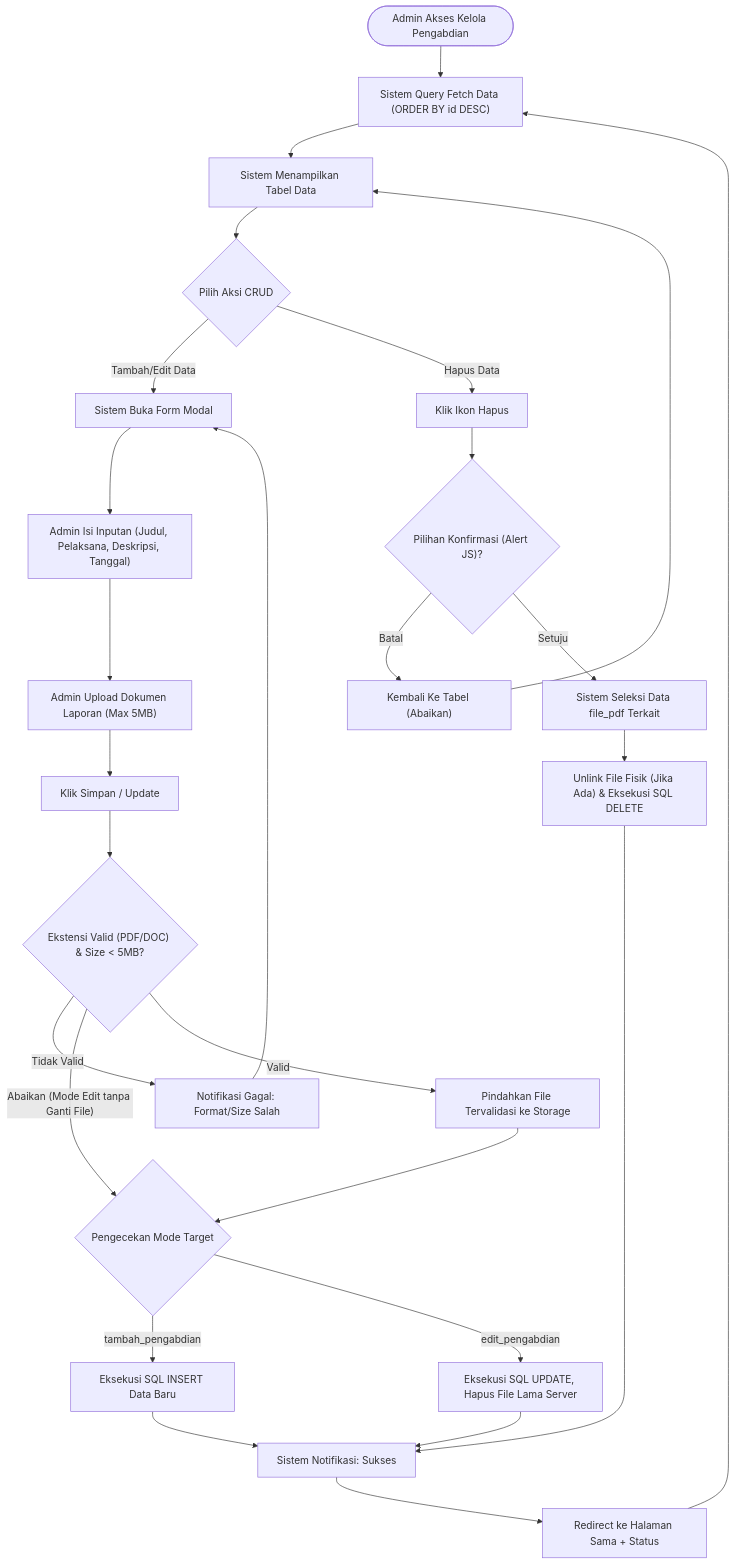
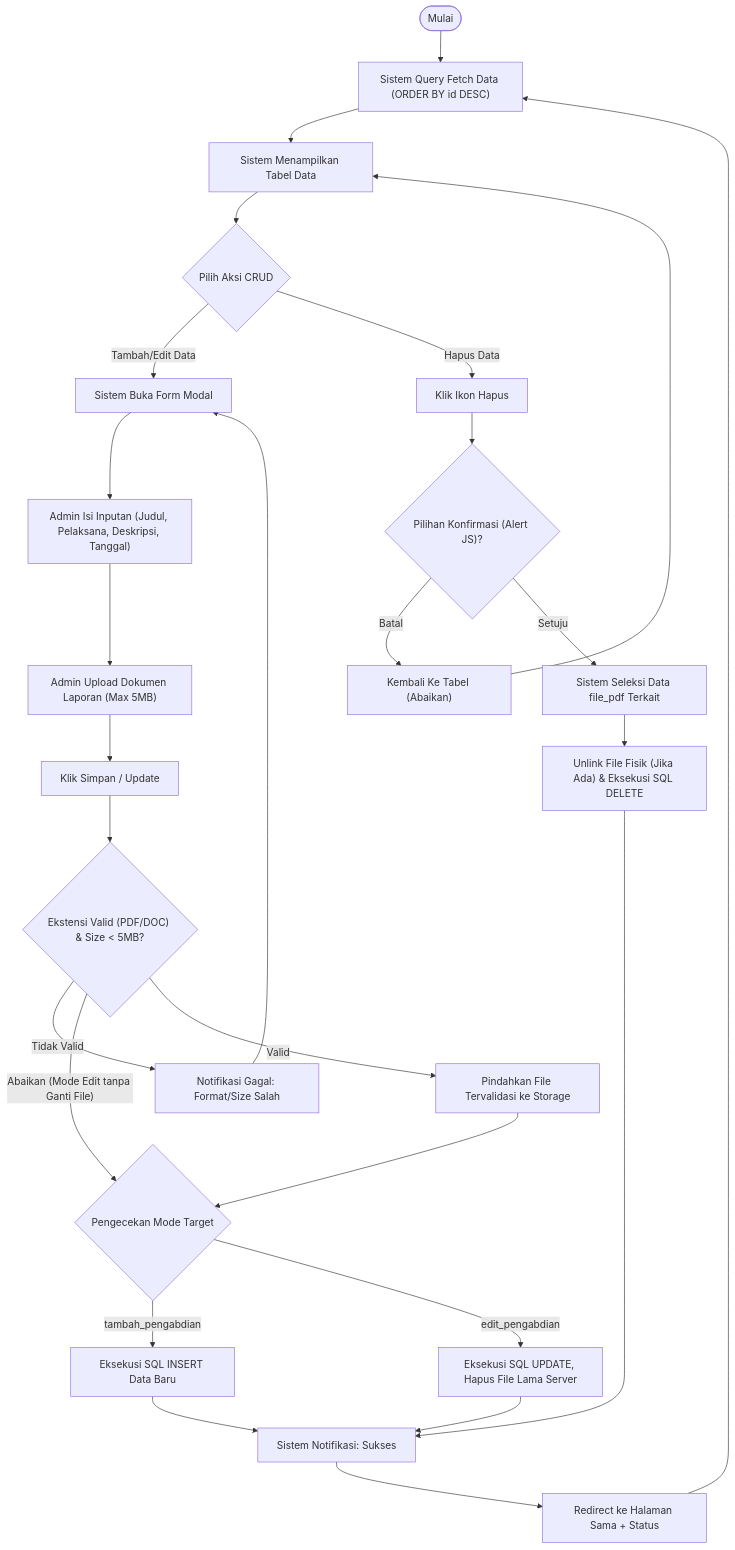
One commit to arbain-dev/Web_fikom changed the second of 2 diagrams in docs/activity_diagram_pengabdian.md. Above: the diagram before and after it, drawn with Mermaid. The commit also changed other lines of this file and 7 other files, not shown here.

Commit message:
docs: standarisasi semua awal flowchart diagram menjadi 'Mulai'

````diff
--- a/docs/activity_diagram_pengabdian.md
+++ b/docs/activity_diagram_pengabdian.md
@@ -43,38 +43,38 @@
 ```mermaid
 flowchart TD
-    Start([Admin Akses Kelola Pengabdian]) --> FetchData["Sistem Query Fetch Data (ORDER BY id DESC)"]
+    Mulai([Mulai]) --> FetchData["Sistem Query Fetch Data (ORDER BY id DESC)"]
     FetchData --> ShowTable[Sistem Menampilkan Tabel Data]
     
     ShowTable --> Action{Pilih Aksi CRUD}
     
     %% Alur Tambah & Edit
     Action -- "Tambah/Edit Data" --> ModalForm[Sistem Buka Form Modal]
     ModalForm --> FillData["Admin Isi Inputan (Judul, Pelaksana, Deskripsi, Tanggal)"]
     FillData --> UploadDocs["Admin Upload Dokumen Laporan (Max 5MB)"]
     UploadDocs --> SubmitForm[Klik Simpan / Update]
     
     SubmitForm --> ValidateExt{"Ekstensi Valid (PDF/DOC) & Size < 5MB?"}
     ValidateExt -- "Tidak Valid" --> ErrorExt[Notifikasi Gagal: Format/Size Salah]
     ValidateExt -- "Abaikan (Mode Edit tanpa Ganti File)" --> ProcessDB
     ValidateExt -- "Valid" --> MoveFiles[Pindahkan File Tervalidasi ke Storage]
     
     MoveFiles --> ProcessDB{Pengecekan Mode Target}
     ProcessDB -- "tambah_pengabdian" --> DBInsert[Eksekusi SQL INSERT Data Baru]
     ProcessDB -- "edit_pengabdian" --> DBUpdate[Eksekusi SQL UPDATE, Hapus File Lama Server]
     
     DBInsert --> NoticeSuccess[Sistem Notifikasi: Sukses]
     DBUpdate --> NoticeSuccess
     
     %% Alur Hapus
     Action -- "Hapus Data" --> ClickDelete[Klik Ikon Hapus]
     ClickDelete --> ConfirmDelete{"Pilihan Konfirmasi (Alert JS)?"}
     ConfirmDelete -- "Batal" --> Return["Kembali Ke Tabel (Abaikan)"]
     ConfirmDelete -- "Setuju" --> FetchFiles[Sistem Seleksi Data file_pdf Terkait]
     FetchFiles --> ExecDelete["Unlink File Fisik (Jika Ada) & Eksekusi SQL DELETE"]
     ExecDelete --> NoticeSuccess
     
     NoticeSuccess --> RefreshTable[Redirect ke Halaman Sama + Status]
     RefreshTable --> FetchData
     ErrorExt --> ModalForm
     Return --> ShowTable
 ```
````
